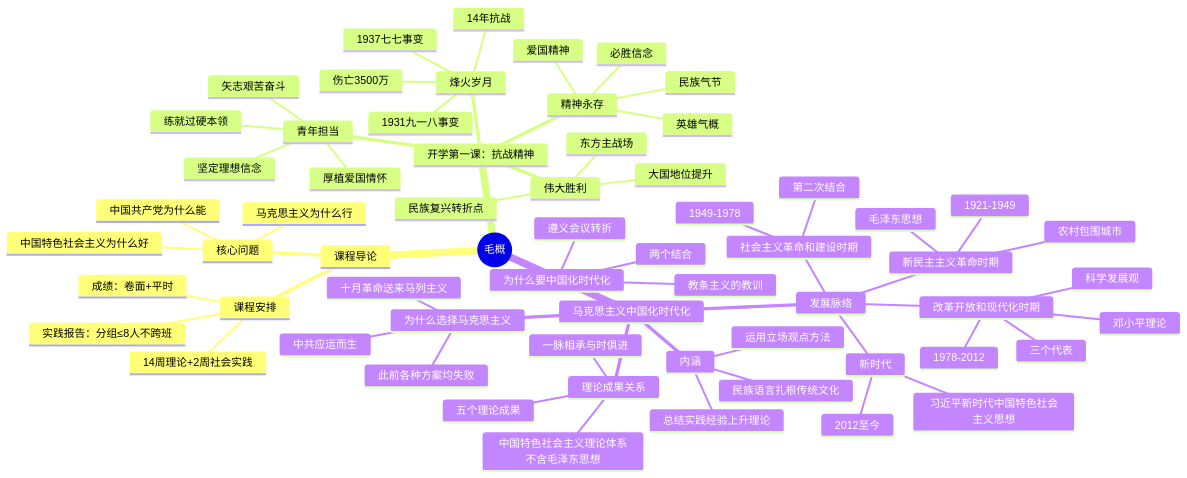
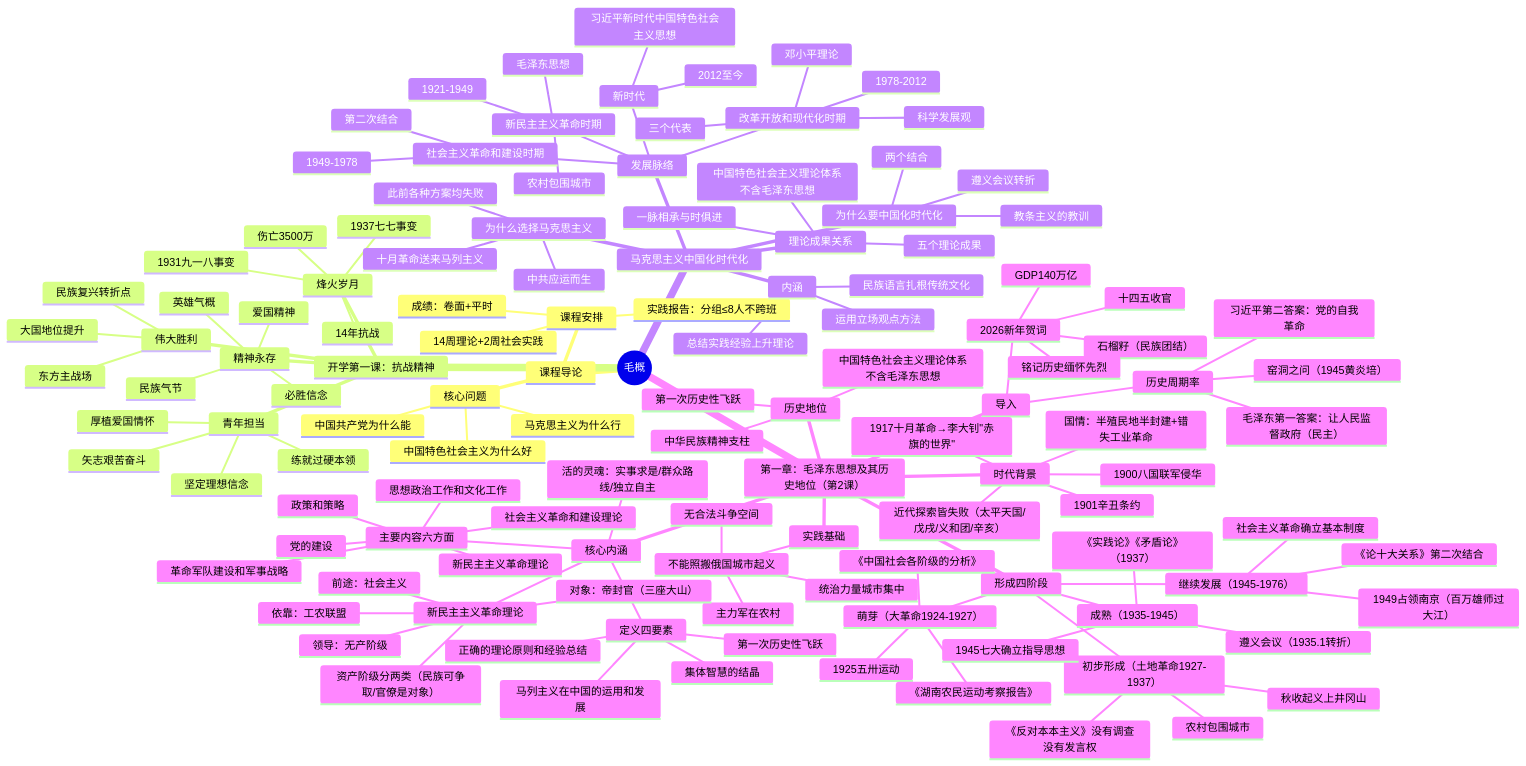
One commit to braisvg/public-notes changed the diagram in 06_毛概/知识框架与思维导图.md. Above: the diagram before and after it, drawn with Mermaid. The commit also changed other lines of this file and 167 other files, not shown here.

Commit message:
同步：新增9/14生理第4课+毛概第2课+伦理第3课、9/15生化第3课+统计第3课，统计第2课照片语义化更新，同步各科总览/思维导图/README/AGENTS/术语表

````diff
--- a/06_毛概/知识框架与思维导图.md
+++ b/06_毛概/知识框架与思维导图.md
@@ -71,4 +71,67 @@
         五个理论成果
         一脉相承与时俱进
         中国特色社会主义理论体系不含毛泽东思想
+    第一章：毛泽东思想及其历史地位（第2课）
+      导入
+        2026新年贺词
+          十四五收官
+          GDP140万亿
+          石榴籽（民族团结）
+          铭记历史缅怀先烈
+        历史周期率
+          窑洞之问（1945黄炎培）
+          毛泽东第一答案：让人民监督政府（民主）
+          习近平第二答案：党的自我革命
+      时代背景
+        1900八国联军侵华
+        1901辛丑条约
+        近代探索皆失败（太平天国/戊戌/义和团/辛亥）
+        1917十月革命→李大钊"赤旗的世界"
+        国情：半殖民地半封建+错失工业革命
+      实践基础
+        不能照搬俄国城市起义
+          统治力量城市集中
+          无合法斗争空间
+          主力军在农村
+      形成四阶段
+        萌芽（大革命1924-1927）
+          1925五卅运动
+          《中国社会各阶级的分析》
+          《湖南农民运动考察报告》
+        初步形成（土地革命1927-1937）
+          秋收起义上井冈山
+          农村包围城市
+          《反对本本主义》没有调查没有发言权
+        成熟（1935-1945）
+          遵义会议（1935.1转折）
+          《实践论》《矛盾论》（1937）
+          1945七大确立指导思想
+        继续发展（1945-1976）
+          1949占领南京（百万雄师过大江）
+          社会主义革命确立基本制度
+          《论十大关系》第二次结合
+      核心内涵
+        定义四要素
+          马列主义在中国的运用和发展
+          正确的理论原则和经验总结
+          集体智慧的结晶
+          第一次历史性飞跃
+        主要内容六方面
+          新民主主义革命理论
+          社会主义革命和建设理论
+          革命军队建设和军事战略
+          政策和策略
+          思想政治工作和文化工作
+          党的建设
+        新民主主义革命理论
+          领导：无产阶级
+          依靠：工农联盟
+          对象：帝封官（三座大山）
+          前途：社会主义
+          资产阶级分两类（民族可争取/官僚是对象）
+        活的灵魂：实事求是/群众路线/独立自主
+      历史地位
+        第一次历史性飞跃
+        中华民族精神支柱
+        中国特色社会主义理论体系不含毛泽东思想
 ```
````
